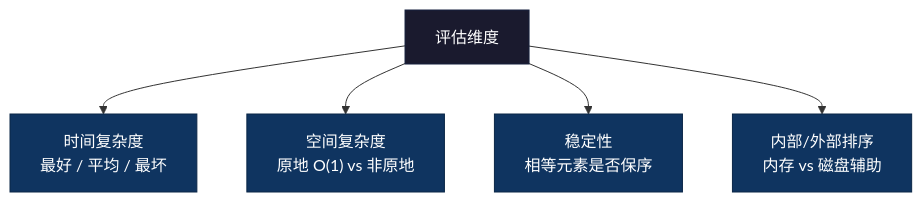
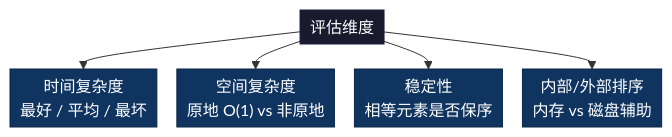
Before and after one commit to microwind/algorithms: the third of 17 diagrams in sorting/README.md, drawn with Mermaid. The commit also changed other lines of this file and 3 other files, not shown here.

````diff
--- a/sorting/README.md
+++ b/sorting/README.md
@@ -94,14 +97,15 @@
 ```mermaid
+%%{init: {'flowchart': {'nodeSpacing': 20, 'rankSpacing': 25, 'padding': 5}}}%%
 graph TD
     DIM["评估维度"]
     DIM --> T["时间复杂度<br/>最好 / 平均 / 最坏"]
     DIM --> S["空间复杂度<br/>原地 O(1) vs 非原地"]
     DIM --> ST["稳定性<br/>相等元素是否保序"]
     DIM --> IO["内部/外部排序<br/>内存 vs 磁盘辅助"]
 
     classDef root fill:#1a1a2e,color:#fff,stroke:#16213e
     classDef dim fill:#0f3460,color:#fff,stroke:#0a2647
 
     class DIM root
     class T,S,ST,IO dim
 ```
````
